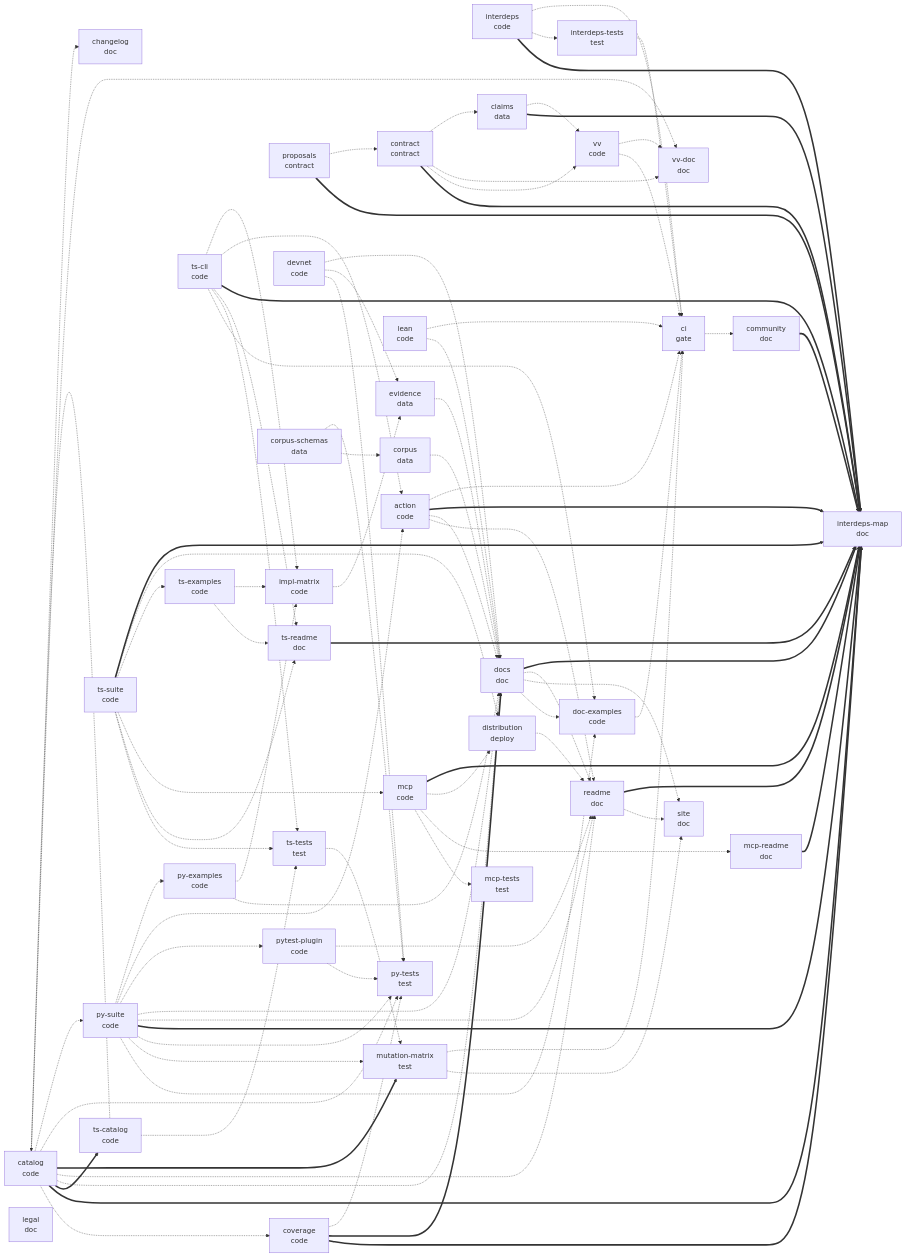
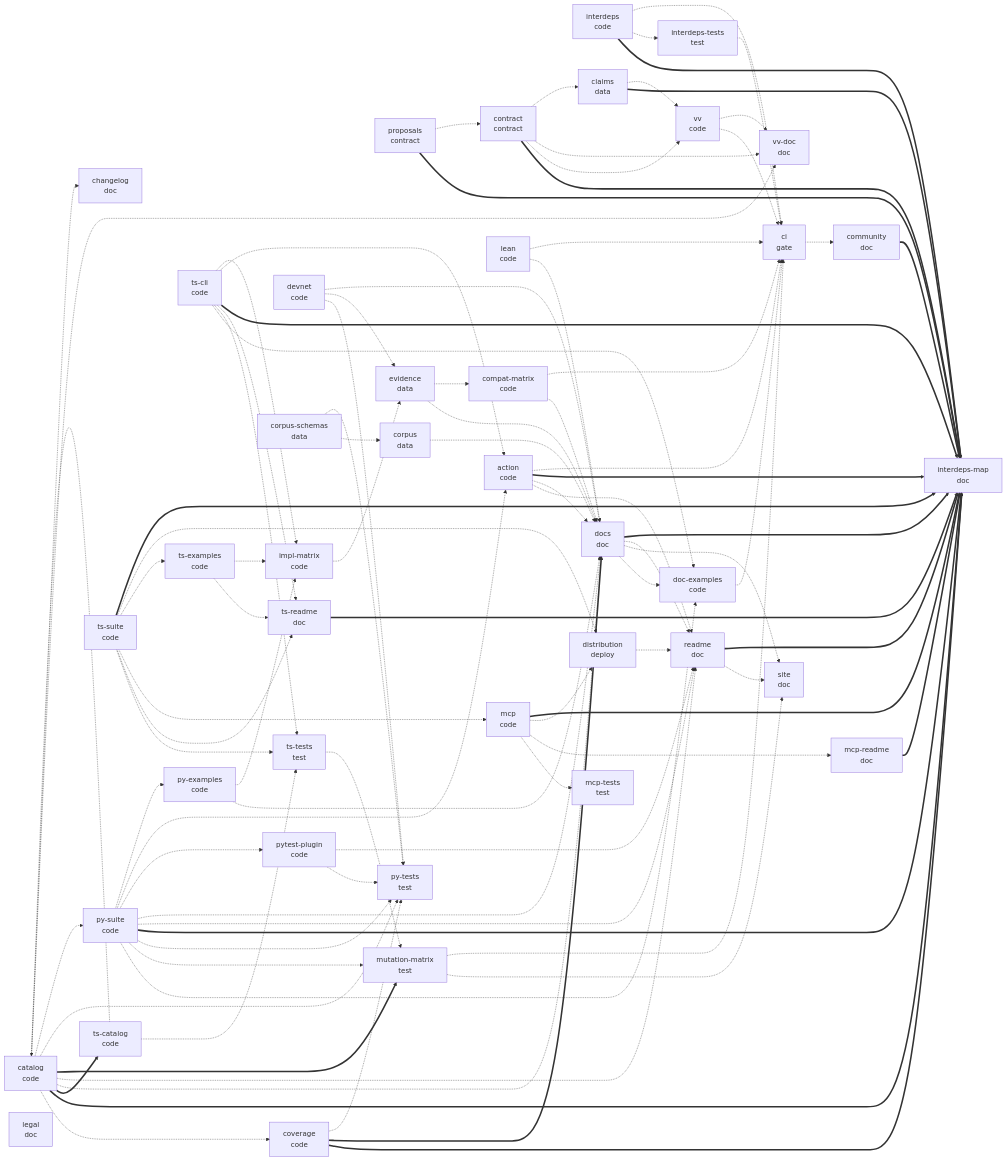
One commit to actions-marketplace-validations/atsp-protocol_x402-conformance changed the second of 2 diagrams in docs/INTERDEPENDENCY.md. Above: the diagram before and after it, drawn with Mermaid. The commit also changed other lines of this file and 8 other files, not shown here.

````diff
--- a/docs/INTERDEPENDENCY.md
+++ b/docs/INTERDEPENDENCY.md
@@ -355,6 +355,7 @@
   corpus["corpus<br/>data"]
   evidence["evidence<br/>data"]
   impl_matrix["impl-matrix<br/>code"]
+  compat_matrix["compat-matrix<br/>code"]
   readme["readme<br/>doc"]
   changelog["changelog<br/>doc"]
   docs["docs<br/>doc"]
@@ -450,4 +451,7 @@
   ts_examples -.-> impl_matrix
   py_examples -.-> impl_matrix
   impl_matrix -.-> evidence
+  evidence -.-> compat_matrix
+  compat_matrix -.-> docs
+  compat_matrix -.-> ci
 ```
````
